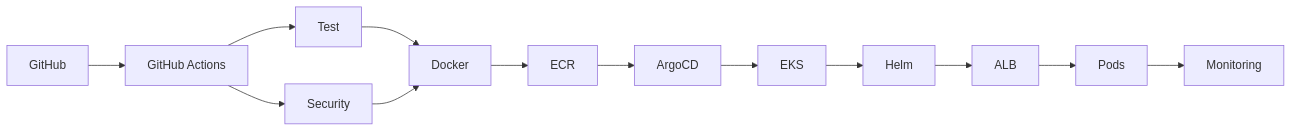
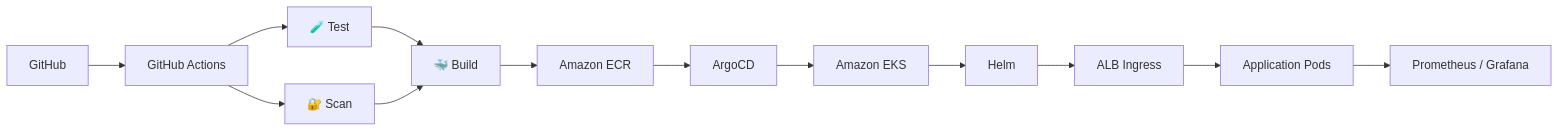
The third of 7 diagrams in README.md (harshithrosun2705-star/harshithrosun2705-star), drawn with Mermaid before and after one commit. The commit also changed other lines of this file, not shown here.

````diff
--- a/README.md
+++ b/README.md
@@ -574,31 +622,34 @@
 ```mermaid
 flowchart LR
 
     G["GitHub"]
     A["GitHub Actions"]
-    T["Test"]
-    S["Security"]
-    D["Docker"]
-    R["ECR"]
-    AR["ArgoCD"]
-    K["EKS"]
-    H["Helm"]
-    LB["ALB"]
-    P["Pods"]
-    M["Monitoring"]
+
+    TEST["🧪 Test"]
+    SEC["🔐 Scan"]
+    BUILD["🐳 Build"]
+
+    ECR["Amazon ECR"]
+    ARGO["ArgoCD"]
+    EKS["Amazon EKS"]
+    HELM["Helm"]
+    ALB["ALB Ingress"]
+    POD["Application Pods"]
+    MON["Prometheus / Grafana"]
 
     G --> A
-    A --> T
-    A --> S
 
-    T --> D
-    S --> D
+    A --> TEST
+    A --> SEC
 
-    D --> R
-    R --> AR
-    AR --> K
-    K --> H
-    H --> LB
-    LB --> P
-    P --> M
+    TEST --> BUILD
+    SEC --> BUILD
+
+    BUILD --> ECR
+    ECR --> ARGO
+    ARGO --> EKS
+    EKS --> HELM
+    HELM --> ALB
+    ALB --> POD
+    POD --> MON
 ```
````
